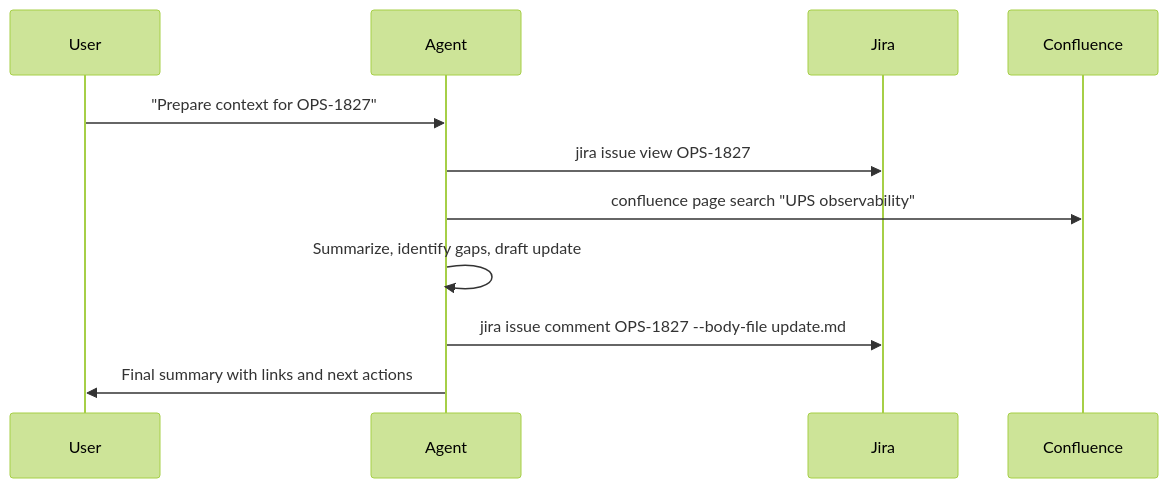
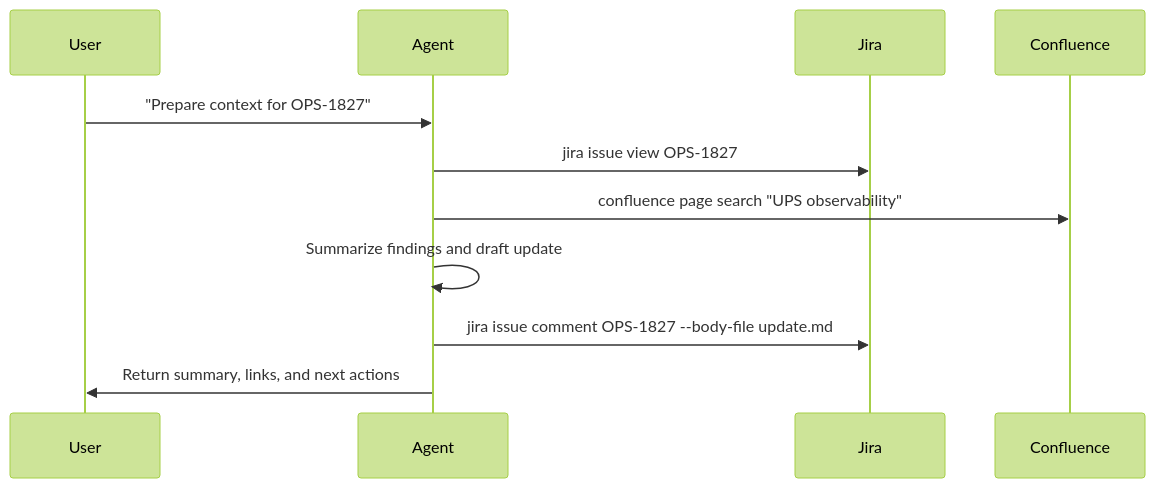
The second of 2 diagrams in slides.md (dvnuo/slidev-show), drawn with Mermaid (forest theme) before and after one commit. The commit also changed other lines of this file and 1 other file, not shown here.

Commit message:
Simplify deck around AI Agent Extension

````diff
--- a/slides.md
+++ b/slides.md
@@ -219,14 +176,14 @@
 ```mermaid
 sequenceDiagram
   participant User
   participant Agent
   participant Jira
   participant Confluence
 
   User->>Agent: "Prepare context for OPS-1827"
   Agent->>Jira: jira issue view OPS-1827
   Agent->>Confluence: confluence page search "UPS observability"
-  Agent->>Agent: Summarize, identify gaps, draft update
+  Agent->>Agent: Summarize findings and draft update
   Agent->>Jira: jira issue comment OPS-1827 --body-file update.md
-  Agent->>User: Final summary with links and next actions
+  Agent->>User: Return summary, links, and next actions
 ```
````
